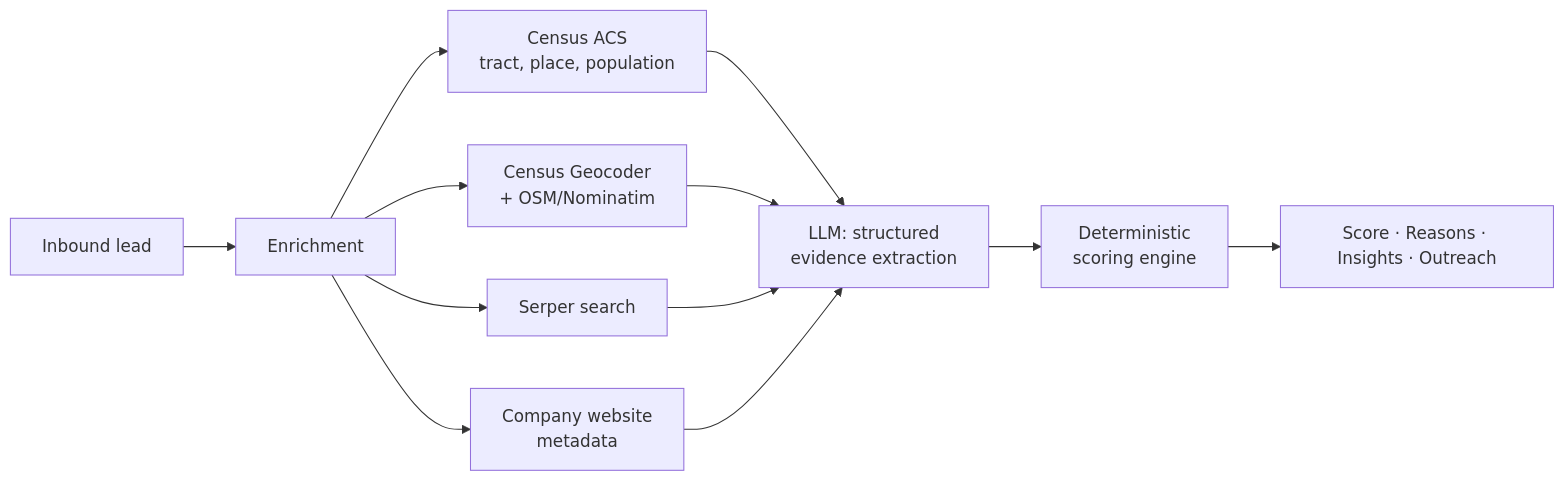
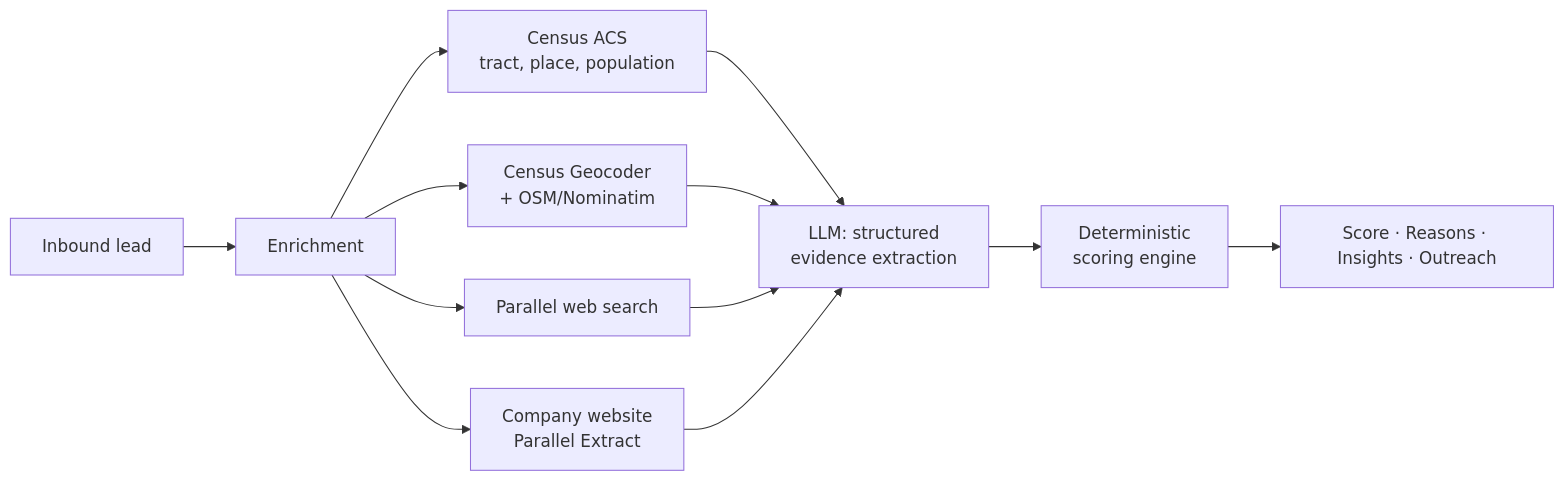
One commit to yashvisal/inbound-sdr-copilot changed the diagram in README.md. Above: the diagram before and after it, drawn with Mermaid. The commit also changed other lines of this file and 17 other files, not shown here.

First line of the commit message:
feat: switch web search from Serper to Parallel with Extract for company sites

````diff
--- a/README.md
+++ b/README.md
@@ -23,11 +23,11 @@
 ```mermaid
 flowchart LR
   lead["Inbound lead"] --> enrich["Enrichment"]
   enrich --> census["Census ACS<br/>tract, place, population"]
   enrich --> geo["Census Geocoder<br/>+ OSM/Nominatim"]
-  enrich --> serper["Serper search"]
-  enrich --> site["Company website<br/>metadata"]
-  census & geo & serper & site --> llm["LLM: structured<br/>evidence extraction"]
+  enrich --> search["Parallel web search"]
+  enrich --> site["Company website<br/>Parallel Extract"]
+  census & geo & search & site --> llm["LLM: structured<br/>evidence extraction"]
   llm --> score["Deterministic<br/>scoring engine"]
   score --> out["Score · Reasons · Insights · Outreach"]
 ```
````
